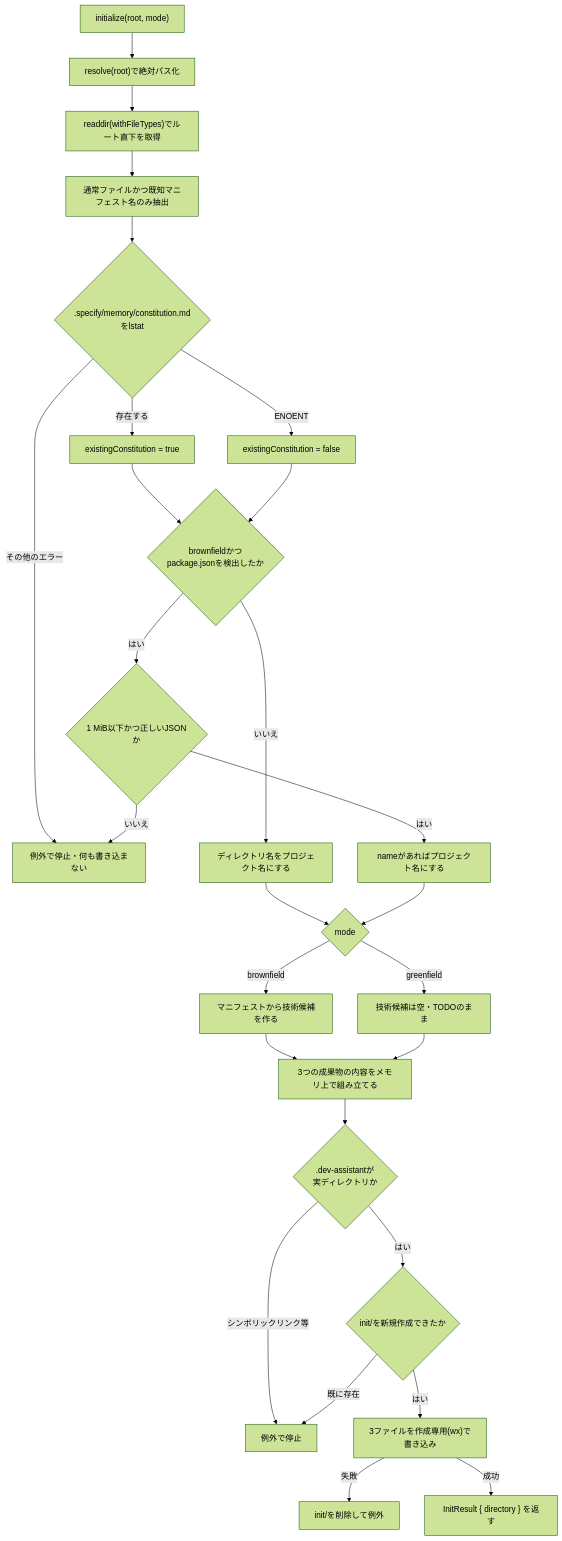
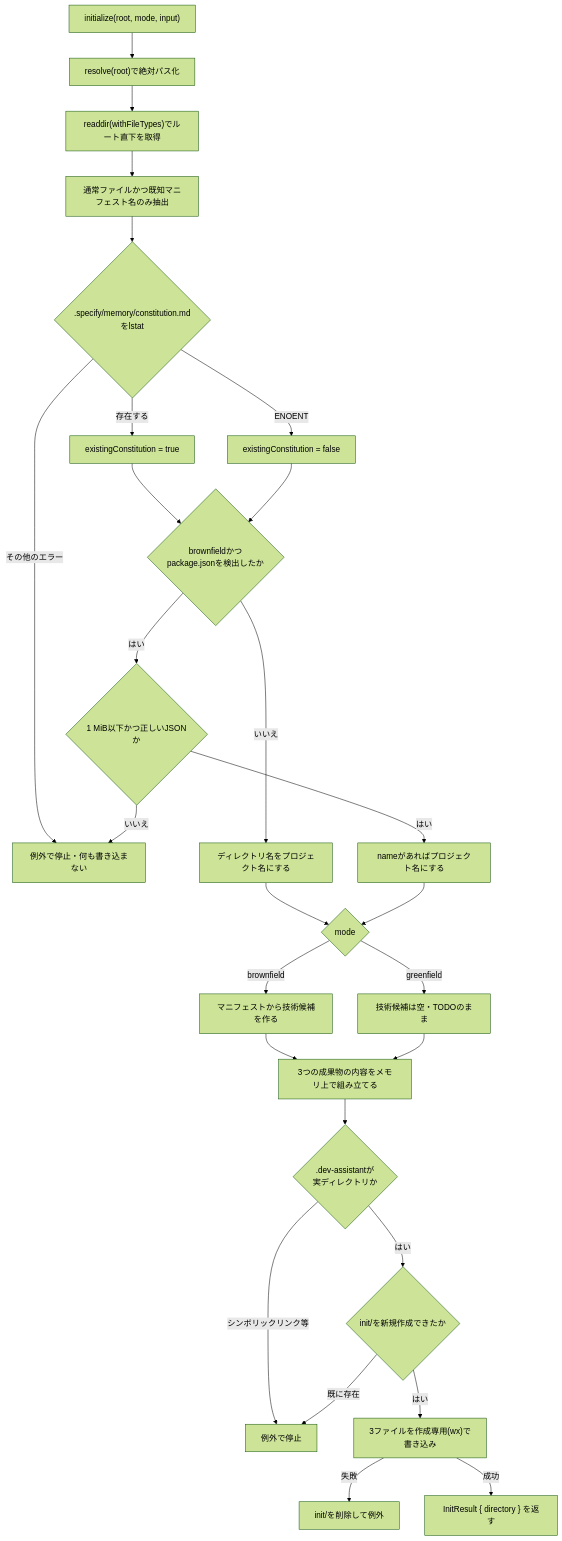
One commit to bluerabbits69/ai-driven-assistant-cli changed the third of 5 diagrams in docs/architecture.md. Above: the diagram before and after it, drawn with Mermaid (forest theme). The commit also changed other lines of this file and 5 other files, not shown here.

````diff
--- a/docs/architecture.md
+++ b/docs/architecture.md
@@ -190,29 +198,29 @@
 ```mermaid
 flowchart TD
-    A["initialize(root, mode)"] --> B["resolve(root)で絶対パス化"]
+    A["initialize(root, mode, input)"] --> B["resolve(root)で絶対パス化"]
     B --> C["readdir(withFileTypes)でルート直下を取得"]
     C --> D["通常ファイルかつ既知マニフェスト名のみ抽出"]
     D --> E{".specify/memory/constitution.md<br>をlstat"}
     E -->|存在する| E1[existingConstitution = true]
     E -->|ENOENT| E2[existingConstitution = false]
     E -->|その他のエラー| X[例外で停止・何も書き込まない]
     E1 --> F{brownfieldかつ<br>package.jsonを検出したか}
     E2 --> F
     F -->|いいえ| G[ディレクトリ名をプロジェクト名にする]
     F -->|はい| H{1 MiB以下かつ正しいJSONか}
     H -->|いいえ| X
     H -->|はい| I[nameがあればプロジェクト名にする]
     G --> J{mode}
     I --> J
     J -->|brownfield| K[マニフェストから技術候補を作る]
     J -->|greenfield| K2[技術候補は空・TODOのまま]
     K --> L[3つの成果物の内容をメモリ上で組み立てる]
     K2 --> L
     L --> M{".dev-assistantが<br>実ディレクトリか"}
     M -->|シンボリックリンク等| X2[例外で停止]
     M -->|はい| N{"init/を新規作成できたか"}
     N -->|既に存在| X2
     N -->|はい| O["3ファイルを作成専用(wx)で書き込み"]
     O -->|失敗| P[init/を削除して例外]
     O -->|成功| Q["InitResult { directory } を返す"]
 ```
````
